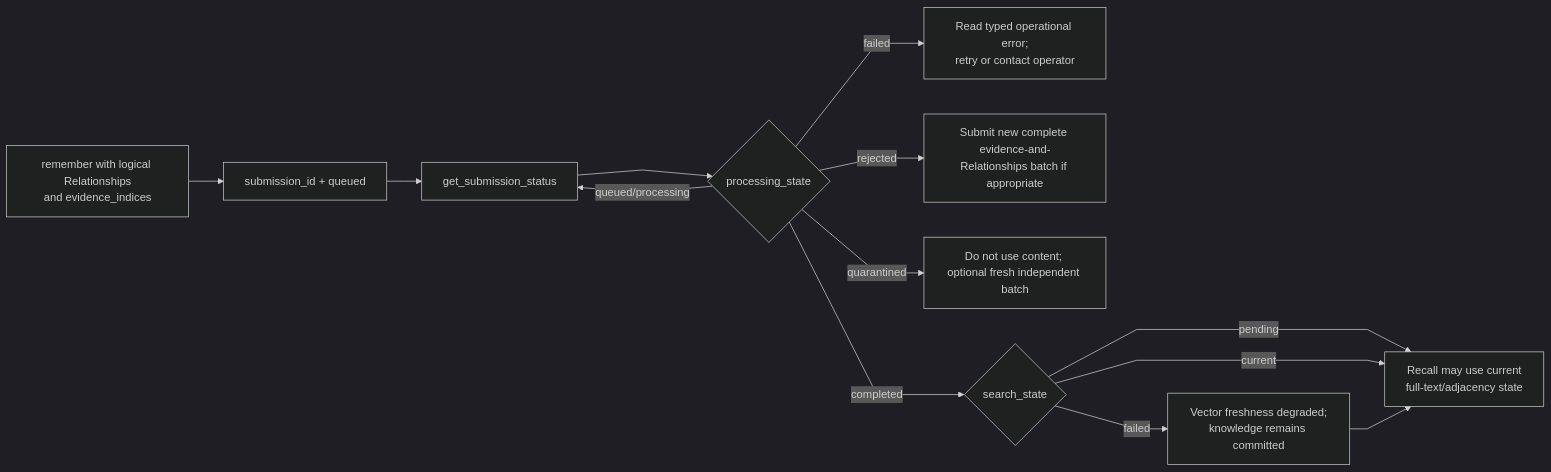
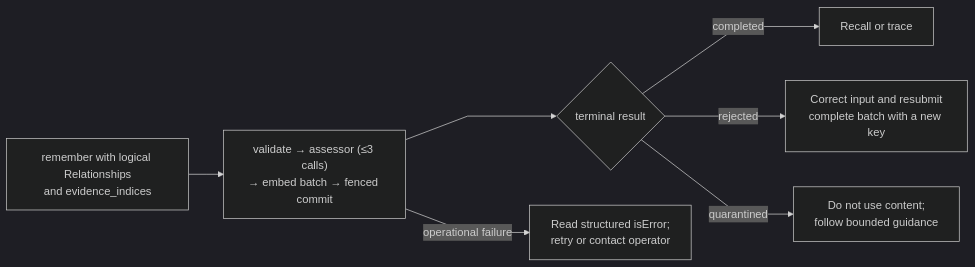
One commit to markhuangai/dense-mem changed the second of 2 diagrams in Quick-Start.md. Above: the diagram before and after it, drawn with Mermaid (dark theme). The commit also changed other lines of this file and 24 other files, not shown here.

````diff
--- a/Quick-Start.md
+++ b/Quick-Start.md
@@ -184,16 +184,10 @@
 ```mermaid
 %%{init: {"flowchart": {"curve": "linear"}}}%%
 flowchart LR
-  Ask["remember with logical Relationships<br/>and evidence_indices"] --> Intake["submission_id + queued"]
-  Intake --> Poll["get_submission_status"]
-  Poll --> State{"processing_state"}
-  State -- queued/processing --> Poll
-  State -- failed --> Diagnose["Read typed operational error;<br/>retry or contact operator"]
-  State -- rejected --> New["Submit new complete evidence-and-Relationships batch if appropriate"]
-  State -- quarantined --> Isolated["Do not use content; optional fresh independent batch"]
-  State -- completed --> Search{"search_state"}
-  Search -- pending --> Recall["Recall may use current<br/>full-text/adjacency state"]
-  Search -- current --> Recall
-  Search -- failed --> Degraded["Vector freshness degraded;<br/>knowledge remains committed"]
-  Degraded --> Recall
+  Ask["remember with logical Relationships<br/>and evidence_indices"] --> Execute["validate → assessor (≤3 calls)<br/>→ embed batch → fenced commit"]
+  Execute --> State{"terminal result"}
+  State -- completed --> Recall["Recall or trace"]
+  State -- rejected --> New["Correct input and resubmit<br/>complete batch with a new key"]
+  State -- quarantined --> Isolated["Do not use content;<br/>follow bounded guidance"]
+  Execute -- operational failure --> Retry["Read structured isError;<br/>retry or contact operator"]
 ```
````
